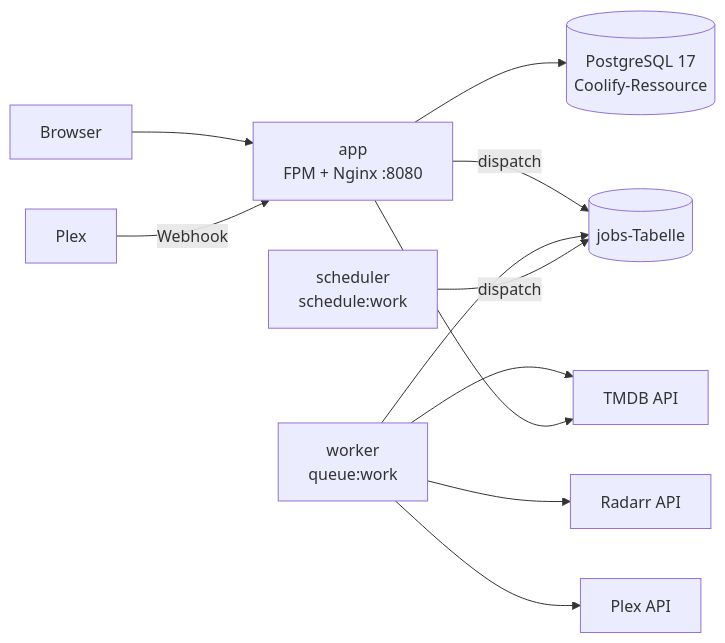
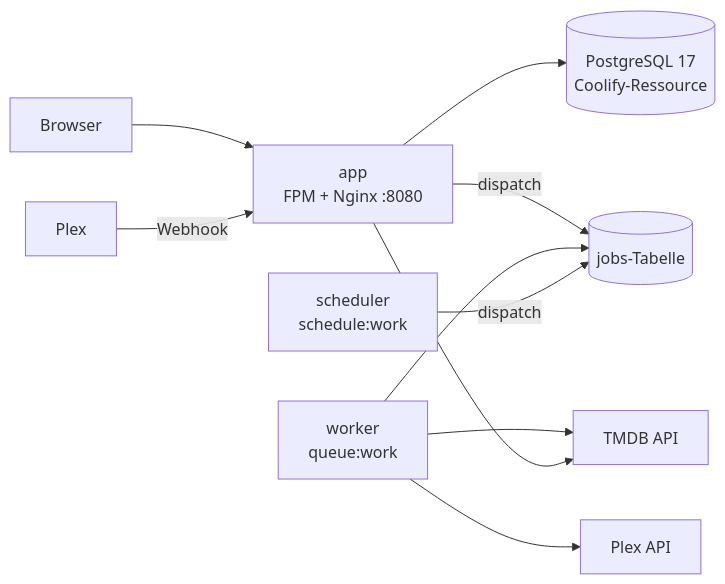
One commit to roberteinsle/filmlog changed the diagram in docs/PROJEKTPLAN.md. Above: the diagram before and after it, drawn with Mermaid. The commit also changed other lines of this file, not shown here.

Commit message:
Projektplan: Radarr aktuell out of scope

````diff
--- a/docs/PROJEKTPLAN.md
+++ b/docs/PROJEKTPLAN.md
@@ -54,13 +54,12 @@
 ```mermaid
 flowchart LR
     U[Browser] --> APP[app<br/>FPM + Nginx :8080]
     APP --> DB[(PostgreSQL 17<br/>Coolify-Ressource)]
     APP -- dispatch --> Q[(jobs-Tabelle)]
     W[worker<br/>queue:work] --> Q
     S[scheduler<br/>schedule:work] -- dispatch --> Q
     W --> TMDB[TMDB API]
     APP --> TMDB
     PLEX[Plex] -- Webhook --> APP
-    W --> RADARR[Radarr API]
     W --> PLEXAPI[Plex API]
 ```
````
